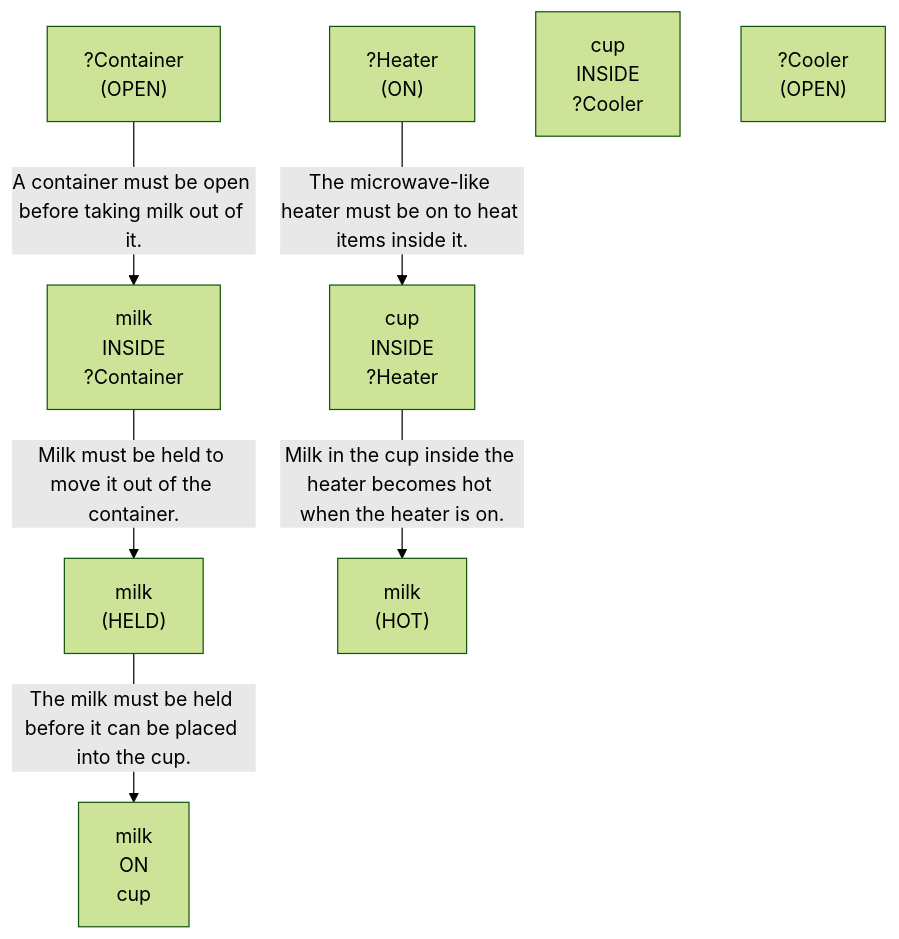
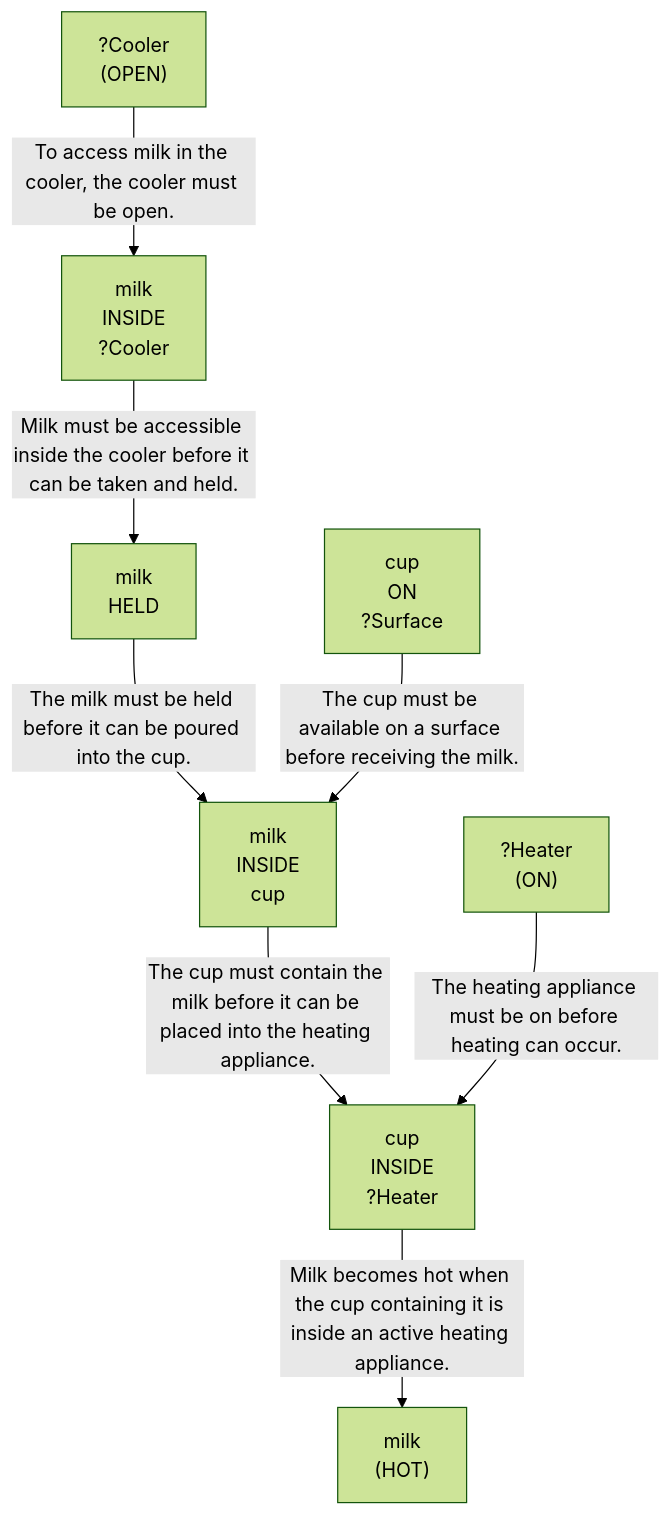
One commit to scuama/virtualhome changed the first of 4 diagrams in evaluation/results/table1/_raw/robostate/run_T1_INST_G1_01_sentence_wise.md. Above: the diagram before and after it, drawn with Mermaid (forest theme). The commit also changed other lines of this file and 96 other files, not shown here.

````diff
--- a/evaluation/results/table1/_raw/robostate/run_T1_INST_G1_01_sentence_wise.md
+++ b/evaluation/results/table1/_raw/robostate/run_T1_INST_G1_01_sentence_wise.md
@@ -72,17 +72,18 @@
 ```mermaid
 graph TD
-    N1["milk<br>(HELD)"]
-    N2["milk<br>INSIDE<br>?Container"]
-    N3["?Container<br>(OPEN)"]
-    N4["milk<br>ON<br>cup"]
-    N5["cup<br>INSIDE<br>?Heater"]
-    N6["?Heater<br>(ON)"]
-    N7["milk<br>(HOT)"]
-    N8["cup<br>INSIDE<br>?Cooler"]
-    N9["?Cooler<br>(OPEN)"]
-    N3 -->|"A container must be open before taking milk out of it."| N2
-    N2 -->|"Milk must be held to move it out of the container."| N1
-    N1 -->|"The milk must be held before it can be placed into the cup."| N4
-    N6 -->|"The microwave-like heater must be on to heat items inside it."| N5
-    N5 -->|"Milk in the cup inside the heater becomes hot when the heater is on."| N7
+    N1["milk<br>INSIDE<br>?Cooler"]
+    N2["?Cooler<br>(OPEN)"]
+    N3["cup<br>ON<br>?Surface"]
+    N4["milk<br>HELD<br>"]
+    N5["milk<br>INSIDE<br>cup"]
+    N6["cup<br>INSIDE<br>?Heater"]
+    N7["?Heater<br>(ON)"]
+    N8["milk<br>(HOT)"]
+    N2 -->|"To access milk in the cooler, the cooler must be open."| N1
+    N1 -->|"Milk must be accessible inside the cooler before it can be taken and held."| N4
+    N4 -->|"The milk must be held before it can be poured into the cup."| N5
+    N3 -->|"The cup must be available on a surface before receiving the milk."| N5
+    N5 -->|"The cup must contain the milk before it can be placed into the heating appliance."| N6
+    N7 -->|"The heating appliance must be on before heating can occur."| N6
+    N6 -->|"Milk becomes hot when the cup containing it is inside an active heating appliance."| N8
 ```
````
